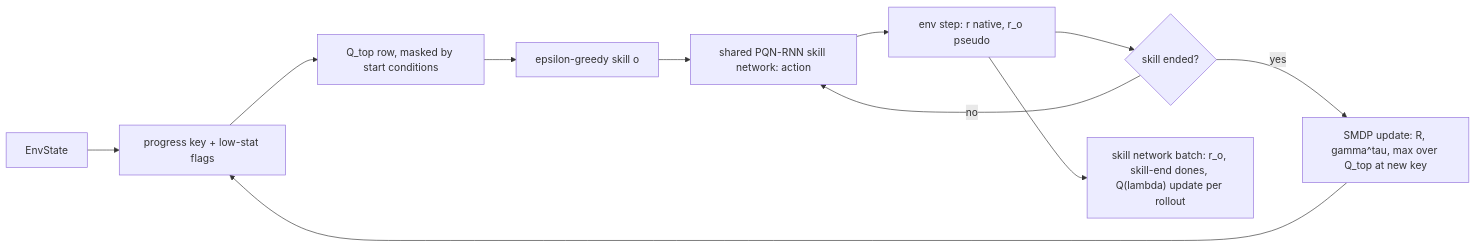
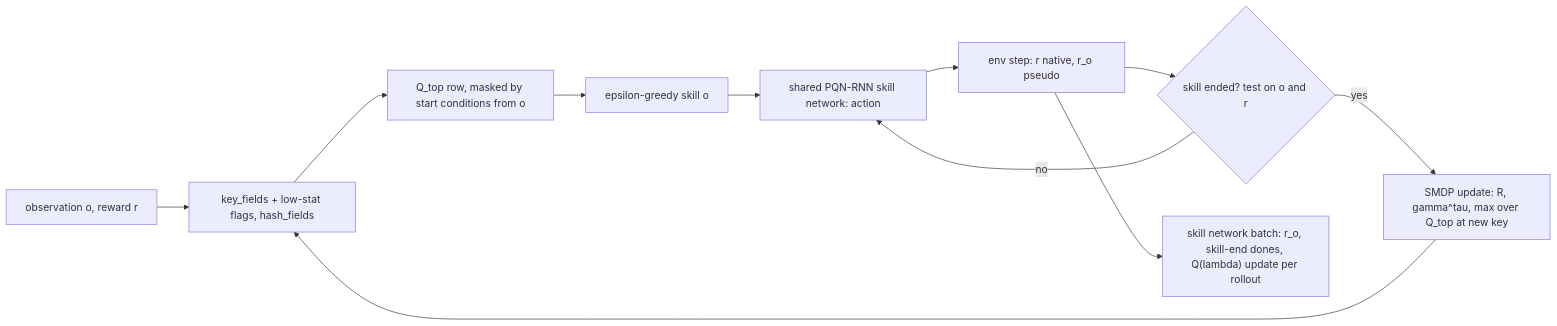
Before and after one commit to Pawlo77/rl-craftmax: the diagram in plans/2026-10-20-craftax-project/2026-10-20-craftax-method-smdp-skills.md, drawn with Mermaid. The commit also changed other lines of this file and 27 other files, not shown here.

````diff
--- a/plans/2026-10-20-craftax-project/2026-10-20-craftax-method-smdp-skills.md
+++ b/plans/2026-10-20-craftax-project/2026-10-20-craftax-method-smdp-skills.md
@@ -34,13 +35,13 @@
 ```mermaid
 flowchart LR
-  S["EnvState"] --> K["progress key + low-stat flags"]
-  K --> Q["Q_top row, masked by start conditions"]
+  S["observation o, reward r"] --> K["key_fields + low-stat flags, hash_fields"]
+  K --> Q["Q_top row, masked by start conditions from o"]
   Q --> O["epsilon-greedy skill o"]
   O --> N["shared PQN-RNN skill network: action"]
   N --> E["env step: r native, r_o pseudo"]
-  E --> T{"skill ended?"}
+  E --> T{"skill ended? test on o and r"}
   T -- "no" --> N
   T -- "yes" --> U["SMDP update: R, gamma^tau, max over Q_top at new key"]
   U --> K
   E --> L["skill network batch: r_o, skill-end dones, Q(lambda) update per rollout"]
 ```
````
